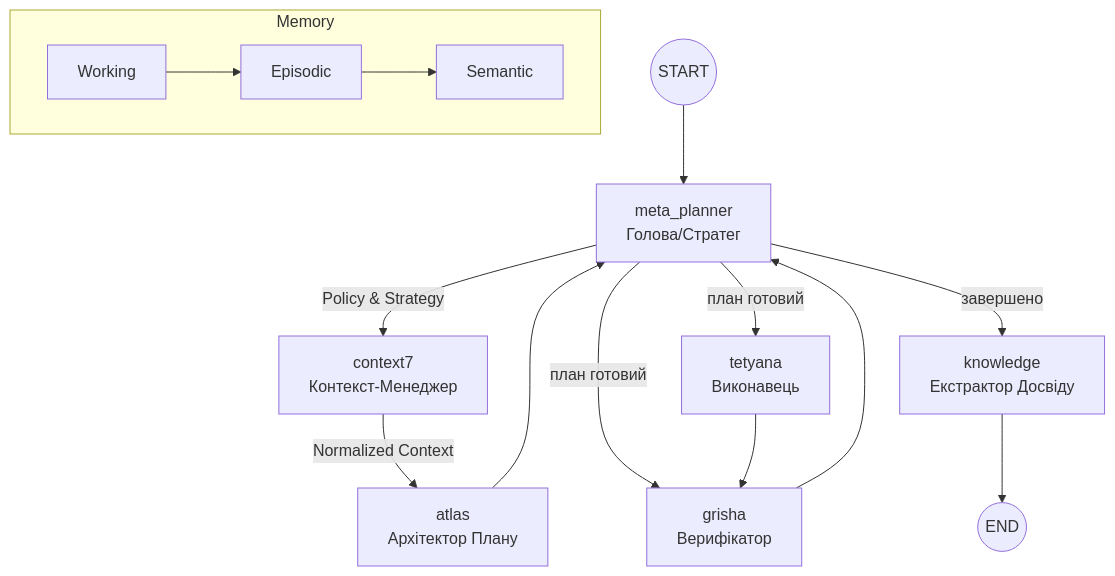
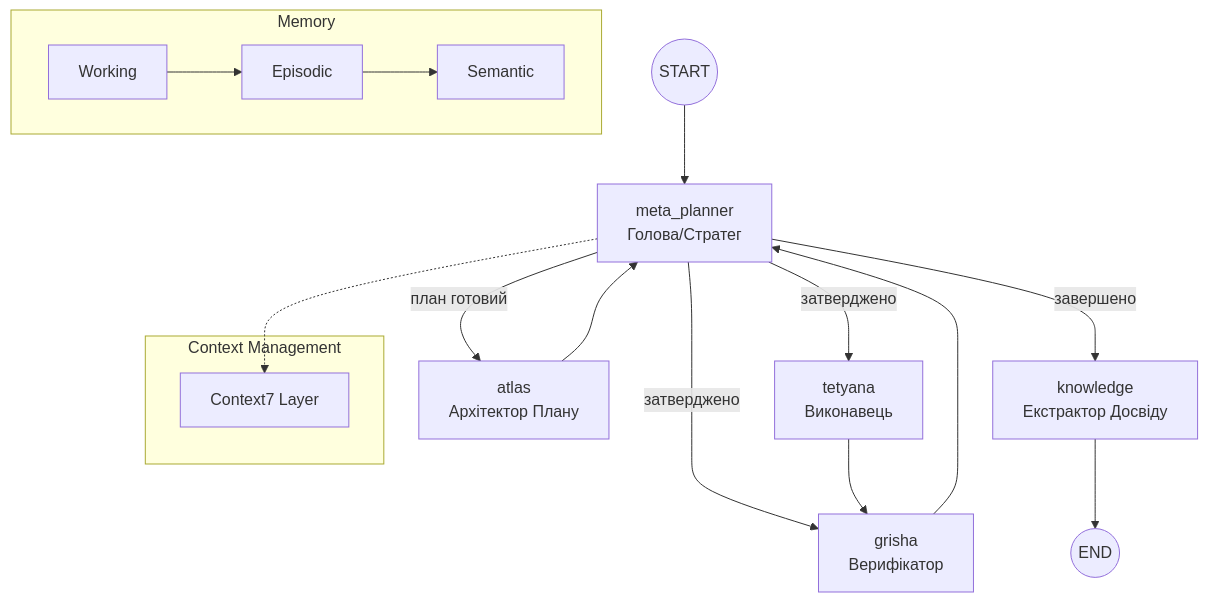
Before and after one commit to olegkizima01/System: the diagram in docs/atlas.md, drawn with Mermaid. The commit also changed other lines of this file and 15 other files, not shown here.

Commit message:
docs: align atlas.md with actual architecture and implement stealth scripts

````diff
--- a/docs/atlas.md
+++ b/docs/atlas.md
@@ -34,17 +34,21 @@
 ```mermaid
 graph TD
     START((START)) --> MP[meta_planner<br/>Голова/Стратег]
-    MP -->|Policy & Strategy| C7[context7<br/>Контекст-Менеджер]
-    C7 -->|Normalized Context| A[atlas<br/>Архітектор Плану]
-    MP -->|план готовий| T[tetyana<br/>Виконавець]
-    MP -->|план готовий| G[grisha<br/>Верифікатор]
+    MP -->|план готовий| A[atlas<br/>Архітектор Плану]
     A --> MP
+    MP -->|затверджено| T[tetyana<br/>Виконавець]
+    MP -->|затверджено| G[grisha<br/>Верифікатор]
     T --> G
     G --> MP
     MP -->|завершено| K[knowledge<br/>Екстрактор Досвіду]
     K --> END((END))
     
+    subgraph Context Management
+        C7[Context7 Layer]
+    end
+    MP -.-> C7
+    
     subgraph Memory
         WM[Working] --> EM[Episodic] --> SM[Semantic]
     end
 ```
````
